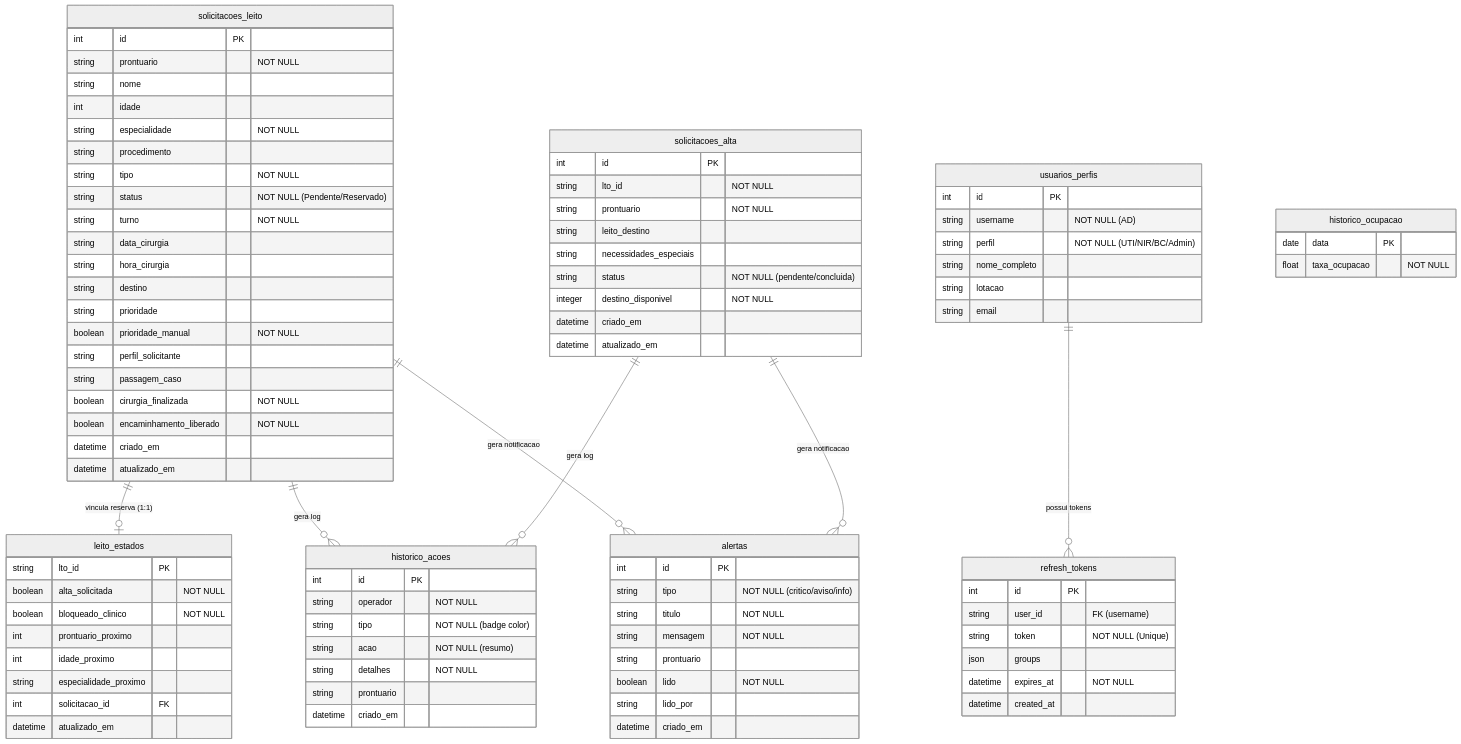
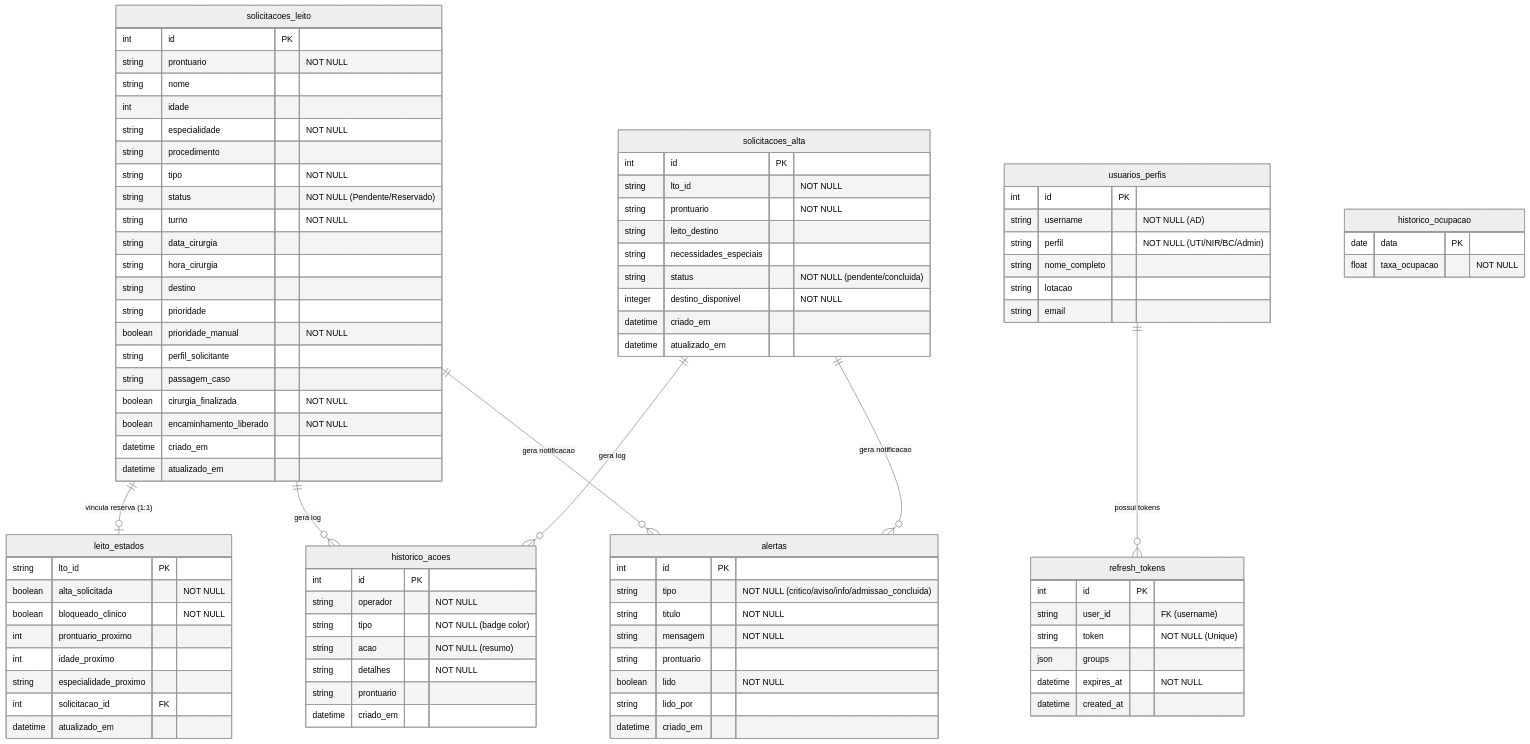
One commit to HCUFPE/hc-uti-manager changed the diagram in docs/projeto_inicial/04-modelo-dados.md. Above: the diagram before and after it, drawn with Mermaid (neutral theme). The commit also changed 2 other files, not shown here.

Commit message:
docs: Sync SDD specifications, use cases and data models across docs/ and docs/projeto_inicial/

```diff
--- a/docs/projeto_inicial/04-modelo-dados.md
+++ b/docs/projeto_inicial/04-modelo-dados.md
@@ -75,7 +75,7 @@
     
     alertas {
         int id PK
-        string tipo "NOT NULL (critico/aviso/info)"
+        string tipo "NOT NULL (critico/aviso/info/admissao_concluida)"
         string titulo "NOT NULL"
         string mensagem "NOT NULL"
         string prontuario
```
